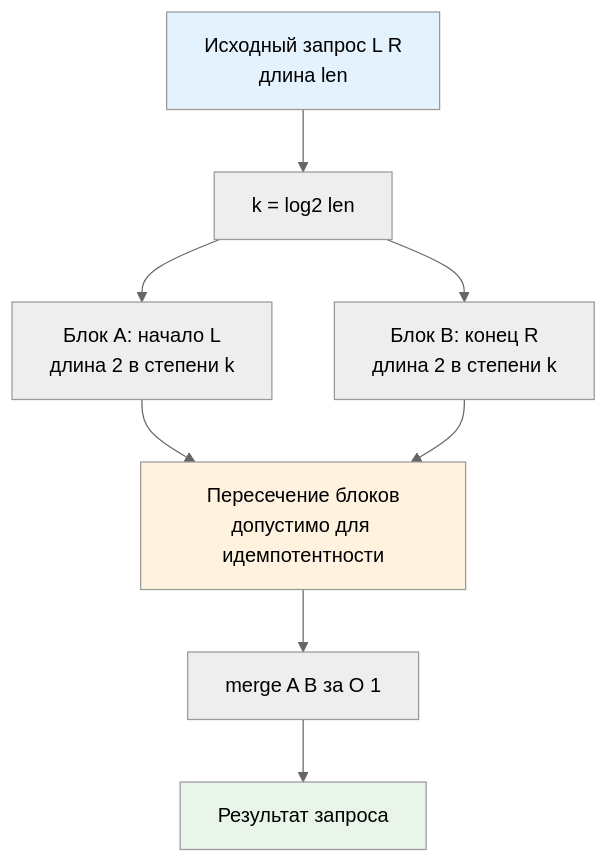
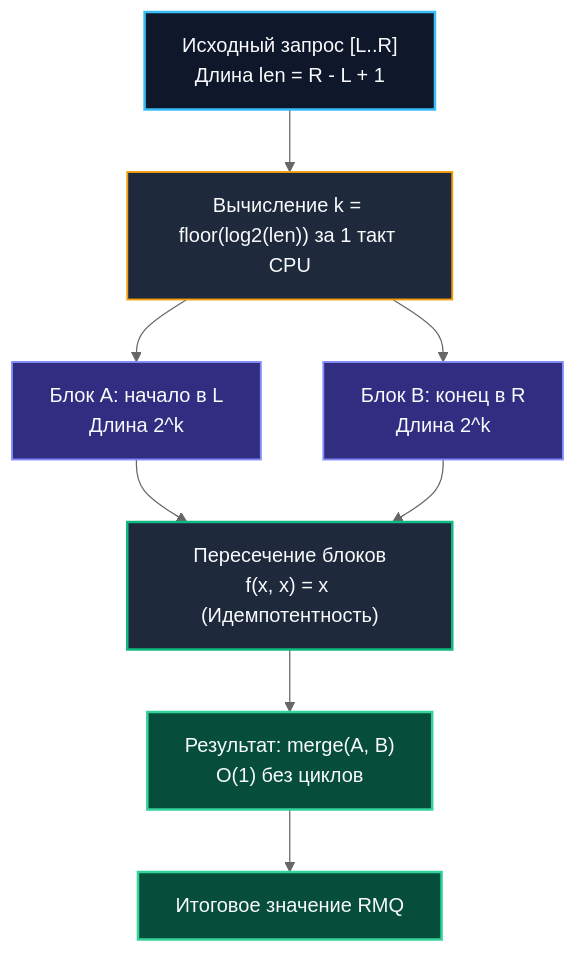
One commit to UnrealTemplier/go-textbook changed the diagram in sources/20. Алгоритмы и структуры данных (DSA) на Go/07. Продвинутые структуры данных/3. Sparse table.md. Above: the diagram before and after it, drawn with Mermaid (neutral theme). The commit also changed other lines of this file, not shown here.

````diff
--- a/sources/20. Алгоритмы и структуры данных (DSA) на Go/07. Продвинутые структуры данных/3. Sparse table.md
+++ b/sources/20. Алгоритмы и структуры данных (DSA) на Go/07. Продвинутые структуры данных/3. Sparse table.md
@@ -21,14 +41,25 @@
 ```mermaid
 flowchart TD
-    Range["Исходный запрос L R<br>длина len"] --> Calc["k = log2 len"]
-    Calc --> B1["Блок A: начало L<br>длина 2 в степени k"]
-    Calc --> B2["Блок B: конец R<br>длина 2 в степени k"]
-    B1 --> Overlap["Пересечение блоков<br>допустимо для идемпотентности"]
+    Range["Исходный запрос [L..R]<br/>Длина len = R - L + 1"] --> Calc["Вычисление k = floor(log2(len)) за 1 такт CPU"]
+    
+    Calc --> B1["Блок A: начало в L<br/>Длина 2^k"]
+    Calc --> B2["Блок B: конец в R<br/>Длина 2^k"]
+    
+    B1 --> Overlap["Пересечение блоков<br/>f(x, x) = x (Идемпотентность)"]
     B2 --> Overlap
-    Overlap --> Merge["merge A B за O 1"]
-    Merge --> Res["Результат запроса"]
     
-    style Range fill:#e3f2fd
-    style Overlap fill:#fff3e0
-    style Res fill:#e8f5e8
+    Overlap --> Merge["Результат: merge(A, B)<br/>O(1) без циклов"]
+    Merge --> Res["Итоговое значение RMQ"]
+
+    classDef queryBox fill:#0f172a,stroke:#38bdf8,stroke-width:2px,color:#f8fafc;
+    classDef calcBox fill:#1e293b,stroke:#f59e0b,stroke-width:1.5px,color:#f8fafc;
+    classDef blockBox fill:#312e81,stroke:#818cf8,stroke-width:1.5px,color:#f8fafc;
+    classDef overlapBox fill:#1e293b,stroke:#10b981,stroke-width:2px,color:#f8fafc;
+    classDef resBox fill:#064e3b,stroke:#34d399,stroke-width:2px,color:#f8fafc;
+
+    class Range queryBox;
+    class Calc calcBox;
+    class B1,B2 blockBox;
+    class Overlap overlapBox;
+    class Merge,Res resBox;
 ```
````
